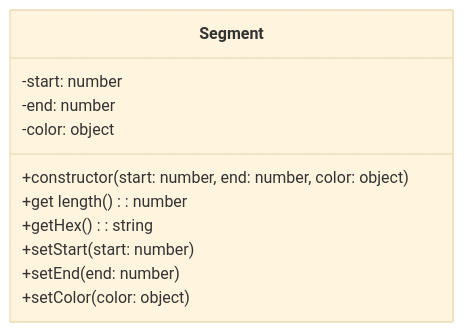
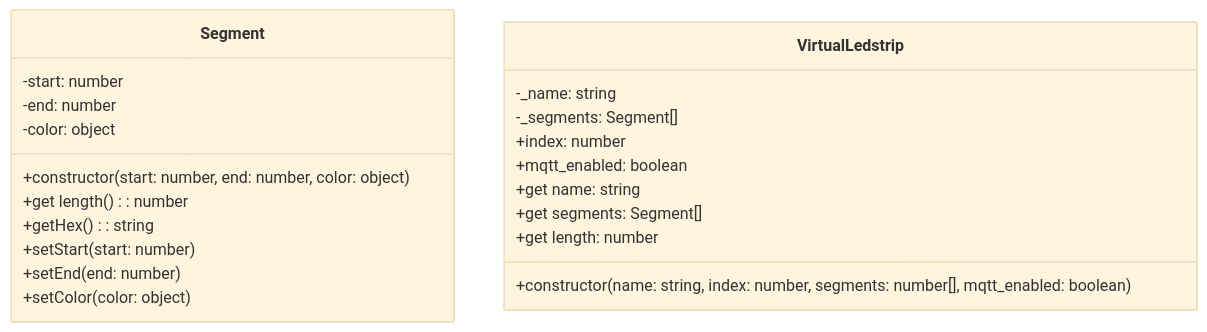
The diagram in Backend/README.md (vives-project-xp/InteractiveCorridor), drawn with Mermaid (base theme) before and after one commit.

Commit message:
Add VirtualLedstrip class to Backend/README.md

````diff
--- a/Backend/README.md
+++ b/Backend/README.md
@@ -5,15 +5,26 @@
 ```mermaid
 classDiagram
 
 class Segment {
     -start: number
     -end: number
     -color: object
     +constructor(start: number, end: number, color: object)
     +get length(): number
     +getHex(): string
     +setStart(start: number)
     +setEnd(end: number)
     +setColor(color: object)
 }
+
+class VirtualLedstrip{
+    -_name: string
+    -_segments: Segment[]
+    +index: number
+    +mqtt_enabled: boolean
+    +get name: string
+    +get segments: Segment[]
+    +get length: number
+    +constructor(name: string, index: number, segments: number[], mqtt_enabled: boolean)
+}
 ```
````
